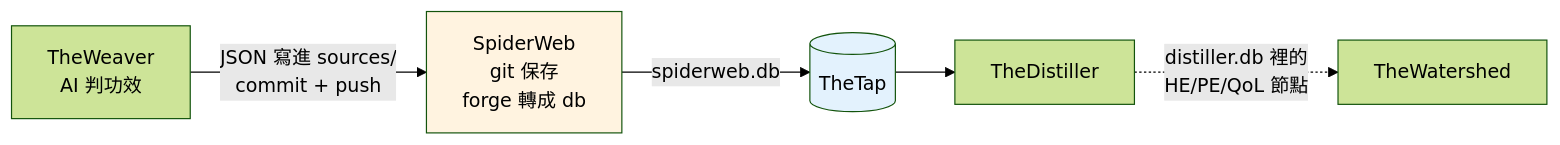
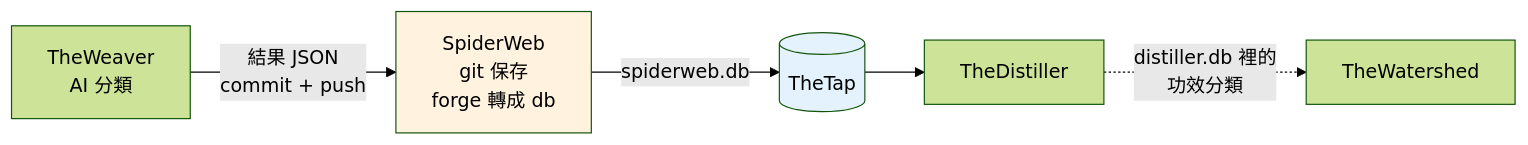
One commit to mapleelpam/LuminNexus-LearningMap changed the diagram in projects/alchemymind/spiderweb.md. Above: the diagram before and after it, drawn with Mermaid (forest theme). The commit also changed other lines of this file and 18 other files, not shown here.

````diff
--- a/projects/alchemymind/spiderweb.md
+++ b/projects/alchemymind/spiderweb.md
@@ -92,10 +93,10 @@
 ```mermaid
 graph LR
-    WE[TheWeaver<br/>AI 判功效] -->|JSON 寫進 sources/<br/>commit + push| SW[SpiderWeb<br/>git 保存<br/>forge 轉成 db]
+    WE[TheWeaver<br/>AI 分類] -->|結果 JSON<br/>commit + push| SW[SpiderWeb<br/>git 保存<br/>forge 轉成 db]
     SW -->|spiderweb.db| TAP[(TheTap)]
     TAP --> DI[TheDistiller]
-    DI -.->|distiller.db 裡的<br/>HE/PE/QoL 節點| WS[TheWatershed]
+    DI -.->|distiller.db 裡的<br/>功效分類| WS[TheWatershed]
 
     style SW fill:#fff3e0
     style TAP fill:#e3f2fd
 ```
````
